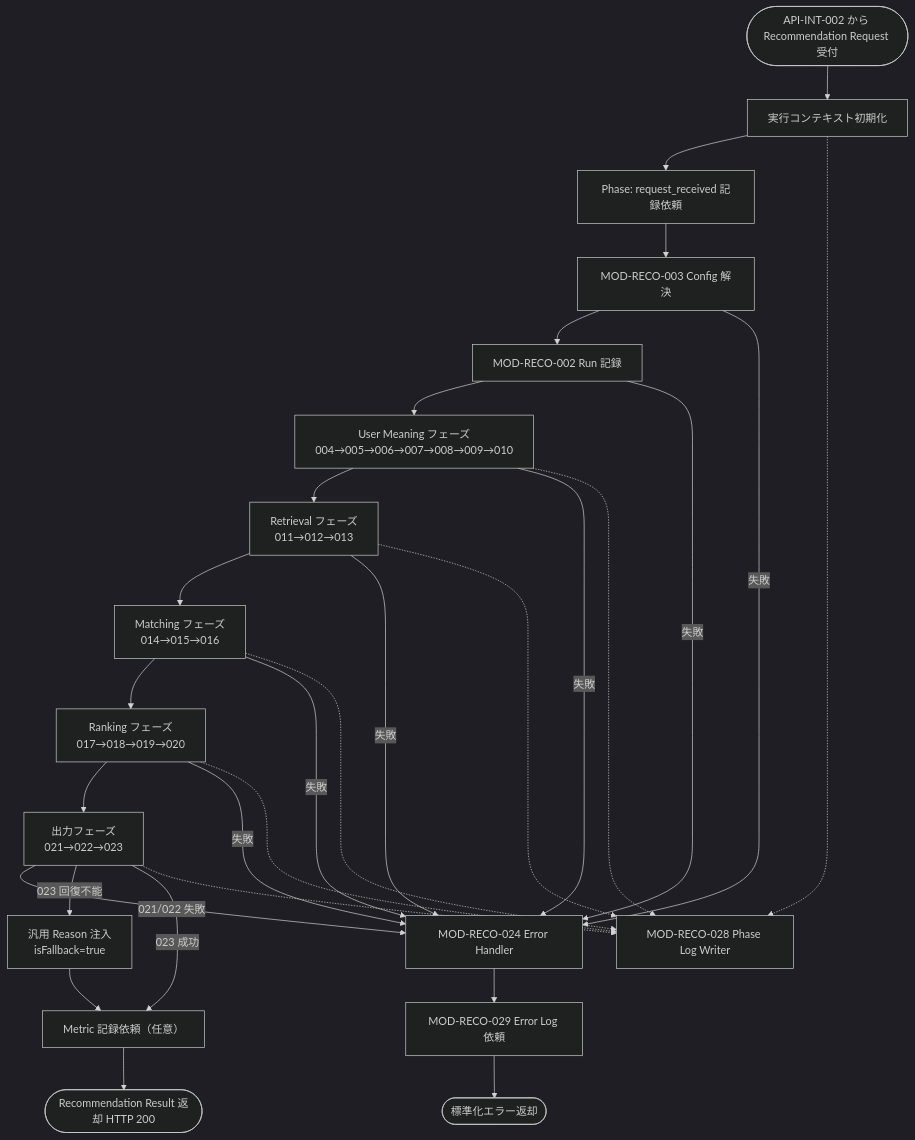
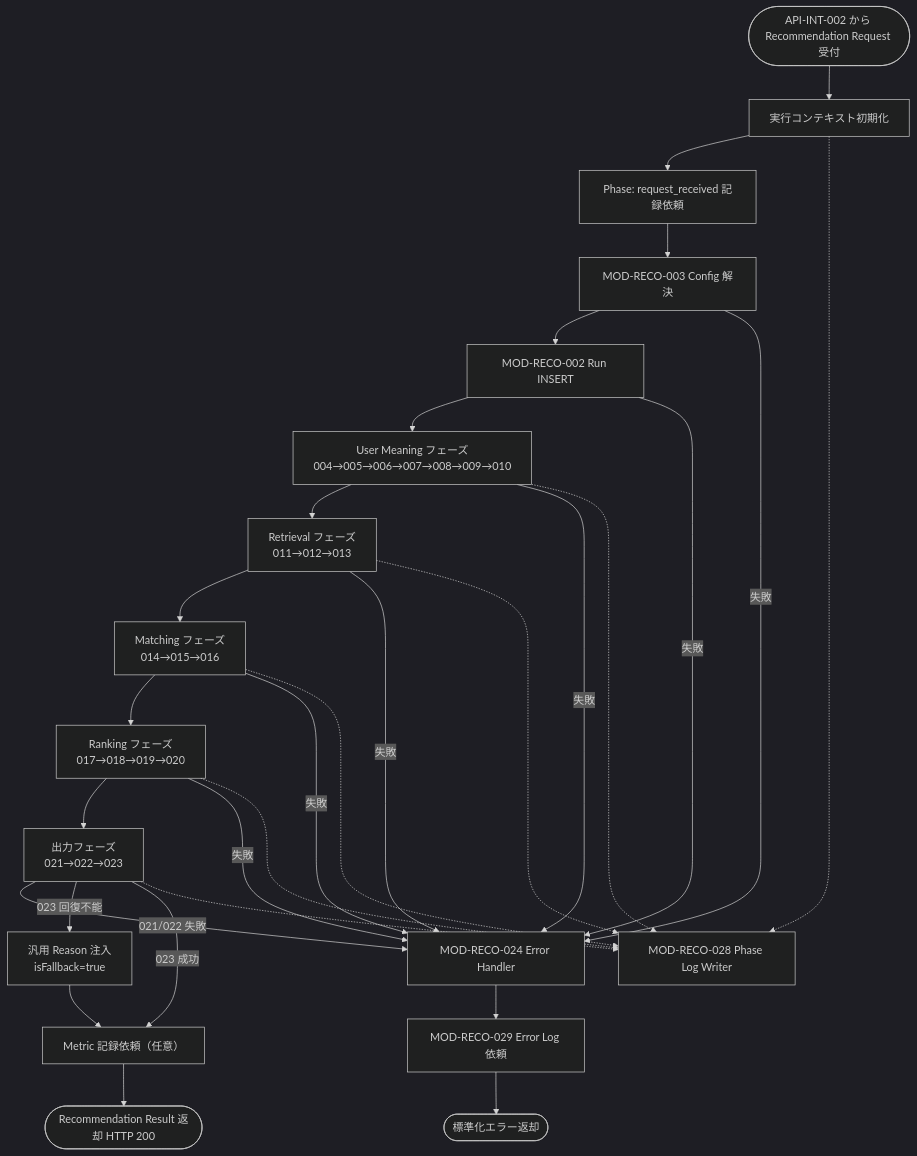
The diagram in docs/06_実装設計/reco/MOD-RECO-001_Recommendation Orchestratorモジュール仕様書.md (ryo-chan-k6/GiftRecommendAPP_MVP_CYCLE_3), drawn with Mermaid (dark theme) before and after one commit. The commit also changed other lines of this file and 45 other files, not shown here.

First line of the commit message:
[Task]MOD-RECO-003:Config Version Resolver実装 (#793)

````diff
--- a/docs/06_実装設計/reco/MOD-RECO-001_Recommendation Orchestratorモジュール仕様書.md
+++ b/docs/06_実装設計/reco/MOD-RECO-001_Recommendation Orchestratorモジュール仕様書.md
@@ -153,33 +153,33 @@
 ```mermaid
 flowchart TD
     START([API-INT-002 から Recommendation Request 受付]) --> INIT[実行コンテキスト初期化]
     INIT --> P0[Phase: request_received 記録依頼]
     P0 --> R003[MOD-RECO-003 Config 解決]
-    R003 --> R002[MOD-RECO-002 Run 記録]
+    R003 --> R002[MOD-RECO-002 Run INSERT]
     R002 --> UM[User Meaning フェーズ<br/>004→005→006→007→008→009→010]
     UM --> RT[Retrieval フェーズ<br/>011→012→013]
     RT --> MT[Matching フェーズ<br/>014→015→016]
     MT --> RK[Ranking フェーズ<br/>017→018→019→020]
     RK --> OUT[出力フェーズ<br/>021→022→023]
     OUT -->|021/022 失敗| ERR[MOD-RECO-024 Error Handler]
     OUT -->|023 回復不能| FB[汎用 Reason 注入<br/>isFallback=true]
     FB --> MET[Metric 記録依頼（任意）]
     OUT -->|023 成功| MET
     MET --> SUCCESS([Recommendation Result 返却 HTTP 200])
 
+    R003 -->|失敗| ERR
     R002 -->|失敗| ERR
-    R003 -->|失敗| ERR
     UM -->|失敗| ERR
     RT -->|失敗| ERR
     MT -->|失敗| ERR
     RK -->|失敗| ERR
     ERR --> ELOG[MOD-RECO-029 Error Log 依頼]
     ELOG --> FAIL([標準化エラー返却])
 
     INIT -.-> PLW[MOD-RECO-028 Phase Log Writer]
     UM -.-> PLW
     RT -.-> PLW
     MT -.-> PLW
     RK -.-> PLW
     OUT -.-> PLW
 ```
````
